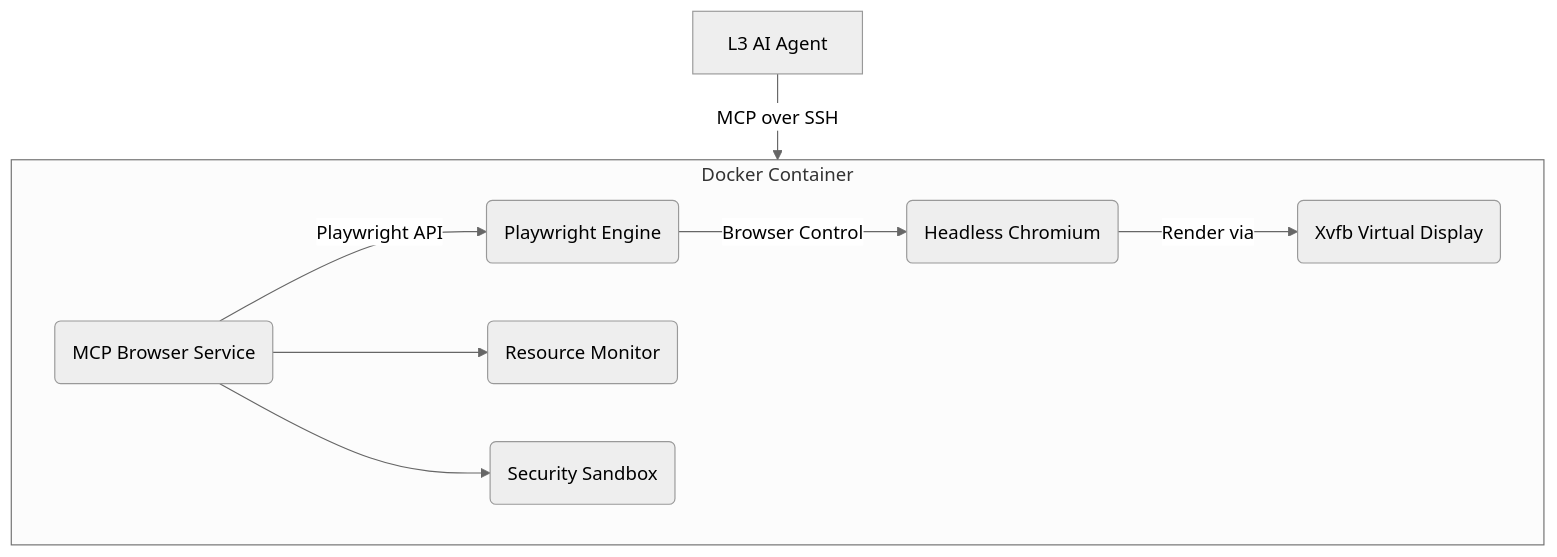
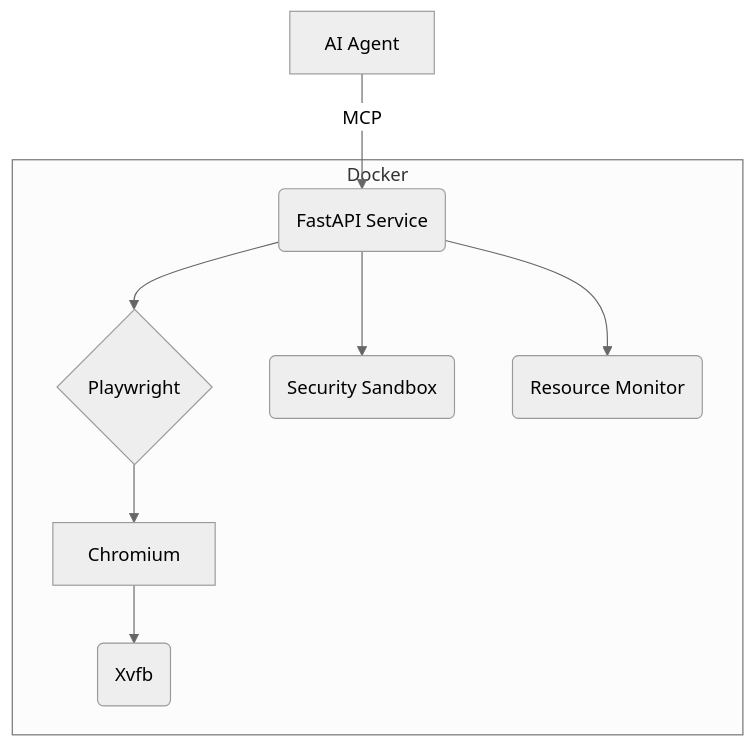
One commit to neoforge-dev/mcp-browser changed the diagram in memory-bank/system-patterns.md. Above: the diagram before and after it, drawn with Mermaid (neutral theme). The commit also changed other lines of this file and 12 other files, not shown here.

First line of the commit message:
Enhance Docker configuration and testing framework for MCP Browser

````diff
--- a/memory-bank/system-patterns.md
+++ b/memory-bank/system-patterns.md
@@ -8,13 +9,11 @@
 ```mermaid
 graph TD
-    A[L3 AI Agent] -->|MCP over SSH| C(MCP Browser Service);
-    C -->|Playwright API| D(Playwright Engine);
-    D -->|Browser Control| E(Headless Chromium);
-    E -->|Render via| F(Xvfb Virtual Display);
-    C --> G(Resource Monitor);
-    C --> H(Security Sandbox);
-    subgraph "Docker Container" 
-        direction LR
-        C; D; E; F; G; H;
+    A[AI Agent] -->|MCP| B(FastAPI Service);
+    subgraph Docker
+      B --> C{Playwright};
+      C --> D[Chromium];
+      D --> E(Xvfb);
+      B --> F(Security Sandbox);
+      B --> G(Resource Monitor);
     end
 ```
````
